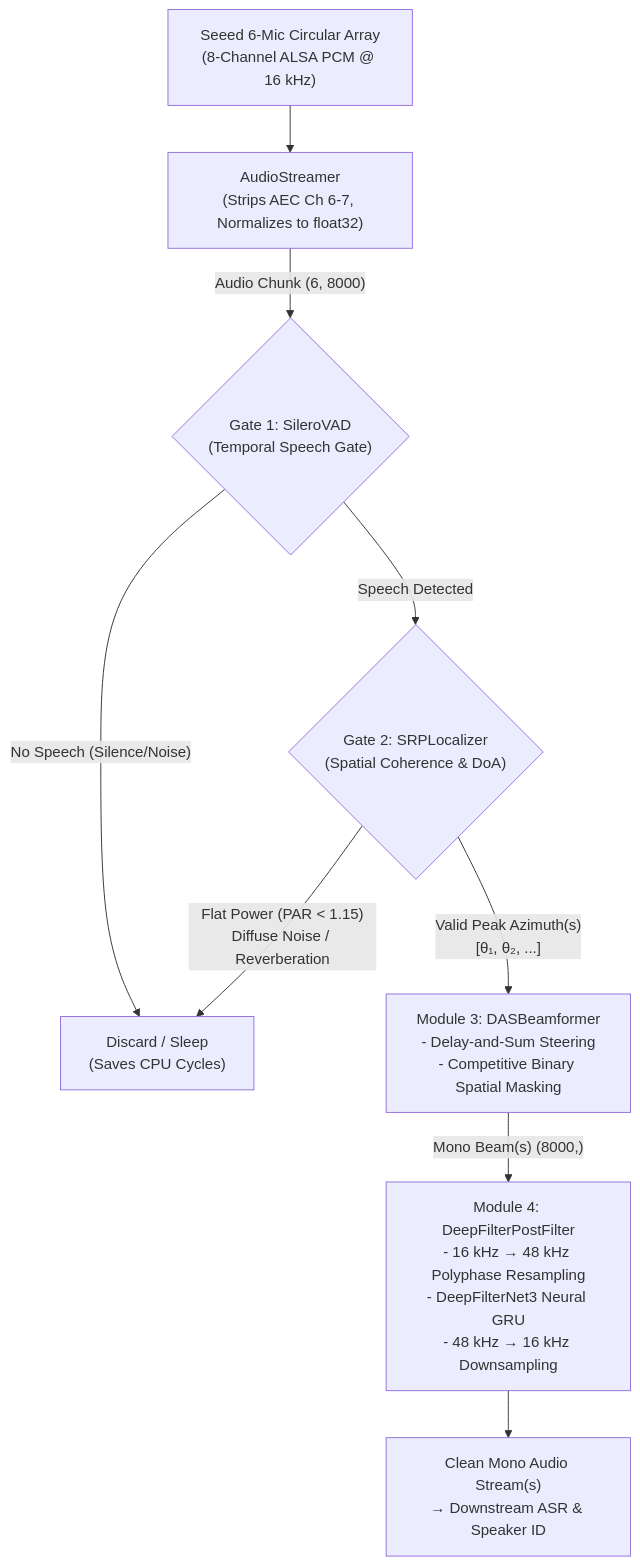
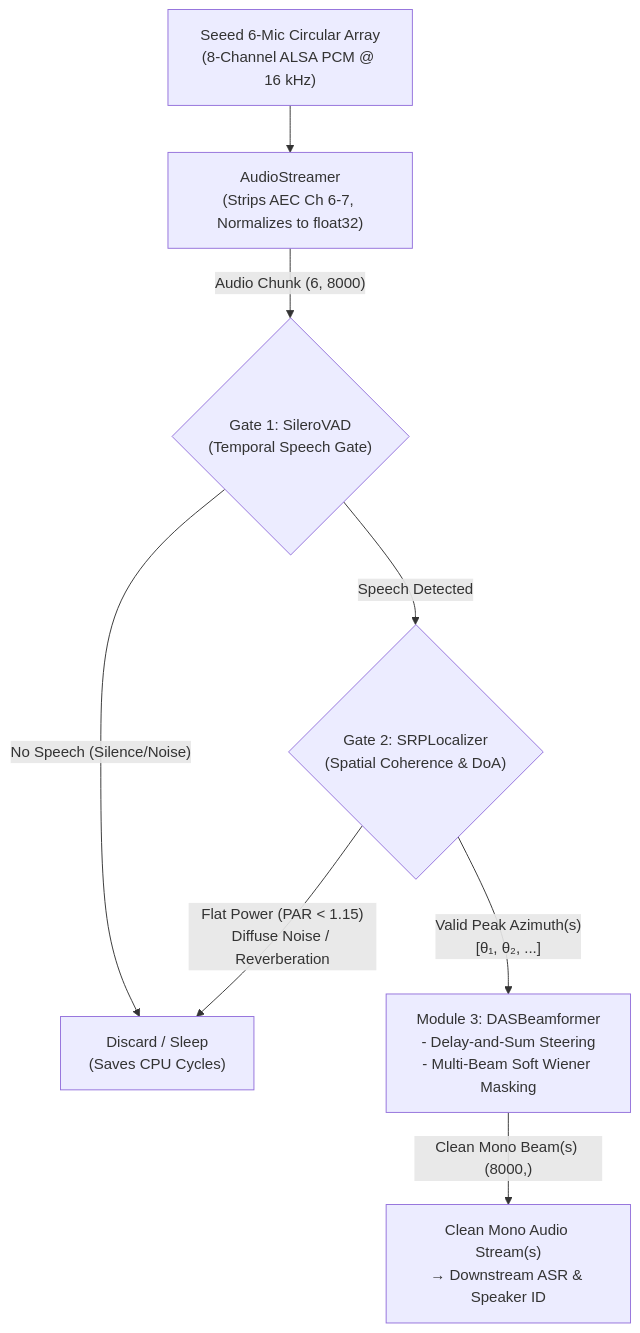
The diagram in src/dsp/TRAD_DSP_README.md (emberfox205/scrub-voice), drawn with Mermaid before and after one commit. The commit also changed other lines of this file, not shown here.

````diff
--- a/src/dsp/TRAD_DSP_README.md
+++ b/src/dsp/TRAD_DSP_README.md
@@ -13,14 +13,13 @@
 ```mermaid
 flowchart TD
     HW["Seeed 6-Mic Circular Array\n(8-Channel ALSA PCM @ 16 kHz)"] --> Streamer["AudioStreamer\n(Strips AEC Ch 6-7, Normalizes to float32)"]
     Streamer -->|"Audio Chunk (6, 8000)"| VAD{"Gate 1: SileroVAD\n(Temporal Speech Gate)"}
     
     VAD -- "No Speech (Silence/Noise)" --> Discard["Discard / Sleep\n(Saves CPU Cycles)"]
     VAD -- "Speech Detected" --> Localizer{"Gate 2: SRPLocalizer\n(Spatial Coherence & DoA)"}
     
     Localizer -- "Flat Power (PAR < 1.15)\nDiffuse Noise / Reverberation" --> Discard
-    Localizer -- "Valid Peak Azimuth(s)\n[θ₁, θ₂, ...]" --> Beamformer["Module 3: DASBeamformer\n- Delay-and-Sum Steering\n- Competitive Binary Spatial Masking"]
+    Localizer -- "Valid Peak Azimuth(s)\n[θ₁, θ₂, ...]" --> Beamformer["Module 3: DASBeamformer\n- Delay-and-Sum Steering\n- Multi-Beam Soft Wiener Masking"]
     
-    Beamformer -->|"Mono Beam(s) (8000,)"| PostFilter["Module 4: DeepFilterPostFilter\n- 16 kHz → 48 kHz Polyphase Resampling\n- DeepFilterNet3 Neural GRU\n- 48 kHz → 16 kHz Downsampling"]
-    PostFilter --> Clean["Clean Mono Audio Stream(s)\n→ Downstream ASR & Speaker ID"]
+    Beamformer -->|"Clean Mono Beam(s) (8000,)"| Clean["Clean Mono Audio Stream(s)\n→ Downstream ASR & Speaker ID"]
 ```
````
